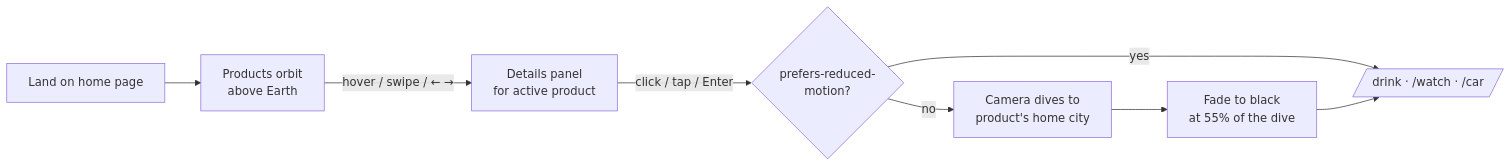
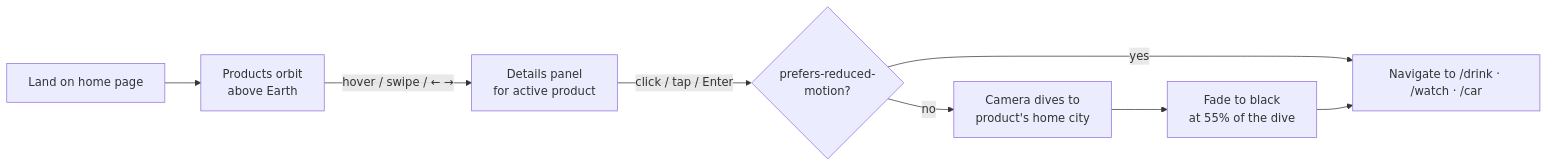
One commit to naphatphong/product-showcase-3d changed the first of 2 diagrams in README.md. Above: the diagram before and after it, drawn with Mermaid.

Commit message:
README: fix a duplicated node in the flow diagram
Claude-Session: https://claude.ai/code/session_01C3CPYjzs7R7bAFy1AVhN81

````diff
--- a/README.md
+++ b/README.md
@@ -35,10 +35,10 @@
 ```mermaid
 flowchart LR
     A[Land on home page] --> B[Products orbit<br/>above Earth]
     B -->|hover / swipe / ← →| C[Details panel<br/>for active product]
     C -->|click / tap / Enter| D{prefers-reduced-<br/>motion?}
-    D -->|yes| G[Go to page now]
+    D -->|yes| G
     D -->|no| E[Camera dives to<br/>product's home city]
     E --> F[Fade to black<br/>at 55% of the dive]
-    F --> G[/drink · /watch · /car/]
+    F --> G[Navigate to /drink · /watch · /car]
 ```
````
